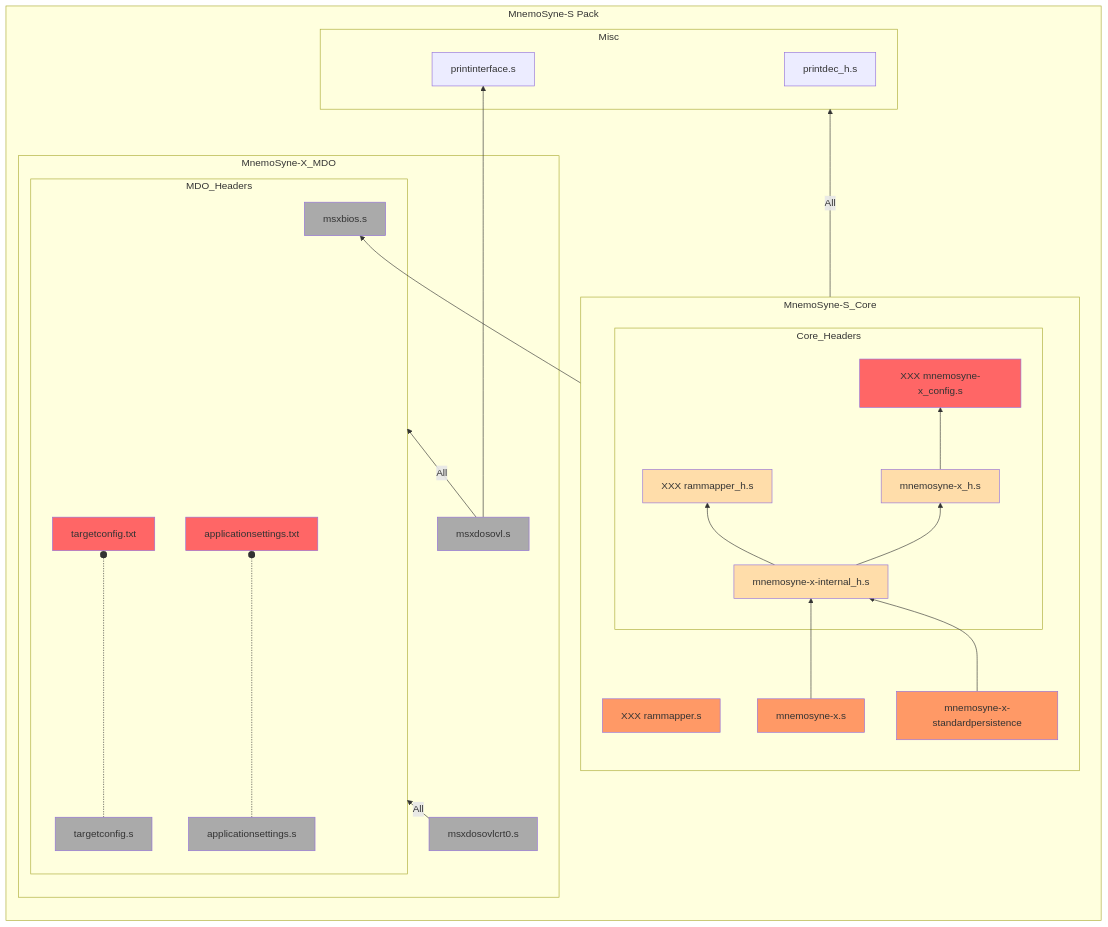
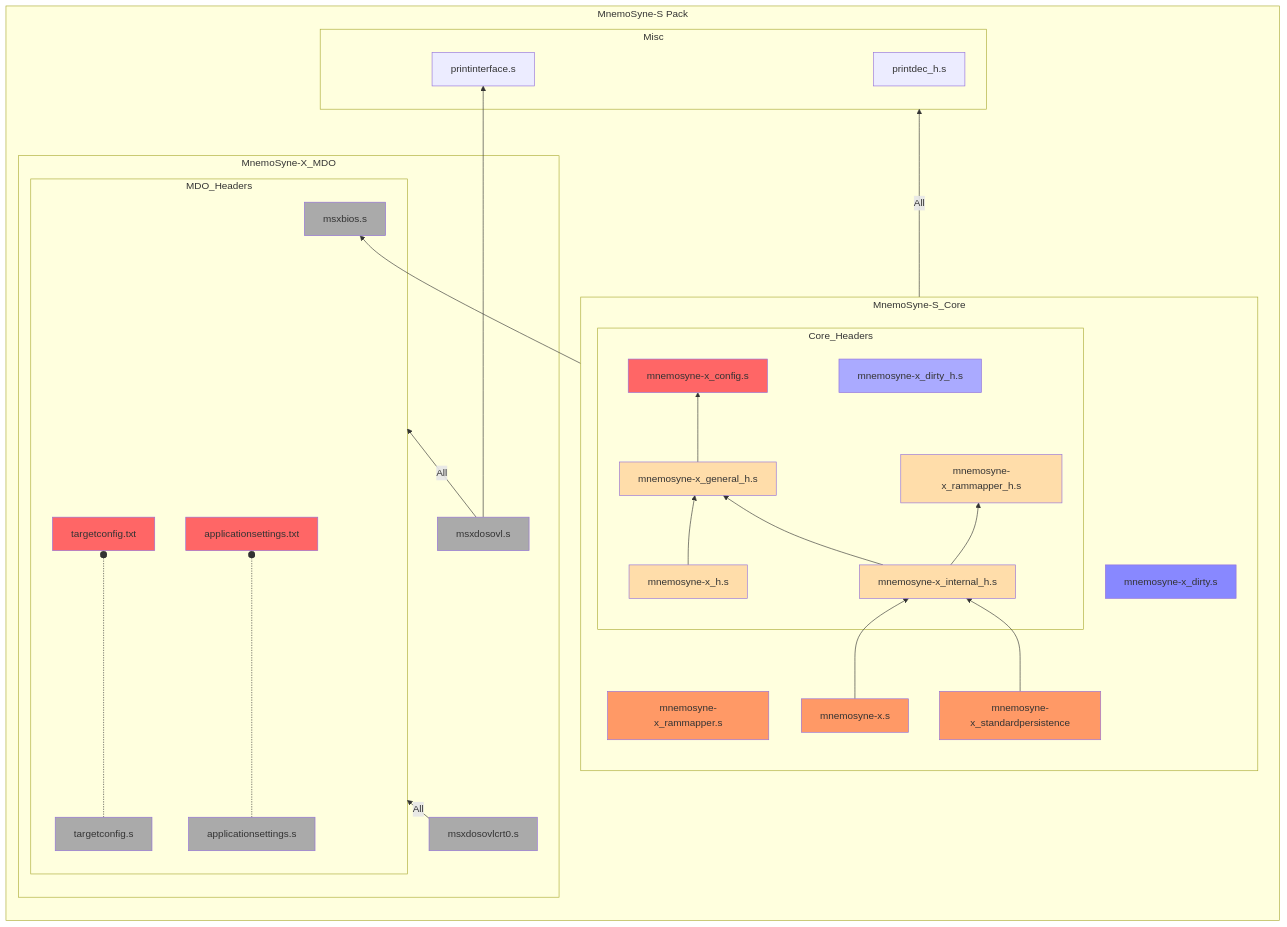
One commit to DamnedAngel/MnemoSyne-X changed the diagram in README.md. Above: the diagram before and after it, drawn with Mermaid. The commit also changed 18 other files, not shown here.

````diff
--- a/README.md
+++ b/README.md
@@ -4,83 +4,83 @@
 ```mermaid
 flowchart
     direction BT
     subgraph MnemoSyne-S Pack
         direction BT
 
         subgraph MnemoSyne-S_Core
         direction BT
 
            subgraph Core_Headers
-                MS-X-RM_H.S["XXX rammapper_h.s"]:::asmHeader
-                MS-X-C_H.S["XXX mnemosyne-x_config.s"]:::cfgHeader
+                MS-X_RM_H.S["mnemosyne-x_rammapper_h.s"]:::asmHeader
+                MS-X_C_H.S["mnemosyne-x_config.s"]:::cfgHeader
+                MS-X_G_H.S["mnemosyne-x_general_h.s"]:::asmHeader
                 MS-X_H.S["mnemosyne-x_h.s"]:::asmHeader
-                MS-X-I_H.S["mnemosyne-x-internal_h.s"]:::asmHeader
+                MS-X_I_H.S["mnemosyne-x_internal_h.s"]:::asmHeader
+                MS-X_D_H.S["mnemosyne-x_dirty_h.s"]:::asmDirtyHeader
             end
 
             MS-X.S["mnemosyne-x.s"]:::asmSource
-            MS-X-SP.S["mnemosyne-x-standardpersistence"]:::asmSource
-            MS-X-RM.S["XXX rammapper.s"]:::asmSource
+            MS-X_SP.S["mnemosyne-x_standardpersistence"]:::asmSource
+            MS-X_RM.S["mnemosyne-x_rammapper.s"]:::asmSource
+            MS-X_D.S["mnemosyne-x_dirty.s"]:::asmDirtySource
 
-            MS-X_H.S --> MS-X-C_H.S
-            MS-X-I_H.S --> MS-X_H.S
-            MS-X-I_H.S --> MS-X-RM_H.S
+            MS-X_G_H.S --> MS-X_C_H.S
+            MS-X_H.S --> MS-X_G_H.S
+            MS-X_I_H.S --> MS-X_G_H.S
+            MS-X_I_H.S --> MS-X_RM_H.S
 
-            MS-X-RM.S ~~~ MS-X-I_H.S
-            MS-X.S --> MS-X-I_H.S
-            MS-X-SP.S --> MS-X-I_H.S
+            MS-X_RM.S ~~~ MS-X_H.S
+            MS-X.S --> MS-X_I_H.S
+            MS-X_SP.S --> MS-X_I_H.S
+            
+            MS-X_D.S ~~~ Core_Headers
+
         end
 
         subgraph Misc
             PRINTDEC.H["printdec_h.s"]:::miscHeader
             PRINTINTERFACE.S["printinterface.s"]:::miscHeader
         end
 
         subgraph MnemoSyne-X_MDO
             subgraph MDO_Headers
                 MSXBIOS.S["msxbios.s"]:::mdoHeader
                 MDO-TARGETCONFIG.TXT["targetconfig.txt"]:::cfgHeader
                 MDO-TARGETCONFIG.S["targetconfig.s"]:::mdoHeader
                 MDO-APPLICATIONSETTINGS.TXT["applicationsettings.txt"]:::cfgHeader
                 MDO-APPLICATIONSETTINGS.S["applicationsettings.s"]:::mdoHeader
 
                 MDO-TARGETCONFIG.TXT ~~~ MSXBIOS.S
                 MDO-TARGETCONFIG.S -.-o MDO-TARGETCONFIG.TXT
                 MDO-APPLICATIONSETTINGS.TXT ~~~ MSXBIOS.S
                 MDO-APPLICATIONSETTINGS.S -.-o MDO-APPLICATIONSETTINGS.TXT
             end
 
-
             MDO-CRT0["msxdosovlcrt0.s"]:::mdoSource
             MDO-MSXDOSOVL.S["msxdosovl.s"]:::mdoSource
 
             MDO-CRT0 ~~~ MDO-MSXDOSOVL.S
-
-            %% MDO-CRT0 --> MSXBIOS.S
-            %% MDO-CRT0 --> MDO-APPLICATIONSETTINGS.S
-            %% MDO-CRT0 --> MDO-TARGETCONFIG.S
-
-            %% MDO-MSXDOSOVL.S --> MSXBIOS.S
-            %% MDO-MSXDOSOVL.S --> MDO-APPLICATIONSETTINGS.S
-            %% MDO-MSXDOSOVL.S --> MDO-TARGETCONFIG.S
         end
         
         MnemoSyne-X_MDO ~~~ Misc
 
-        MS-X-I_H.S --> |"All"| Misc
-        MS-X-I_H.S --> MSXBIOS.S
+        MS-X_I_H.S --> |"All"| Misc
+        MS-X_I_H.S --> MSXBIOS.S
 
         MDO-CRT0  --> |All| MDO_Headers
         MDO-MSXDOSOVL.S  --> |All| MDO_Headers
         MDO-MSXDOSOVL.S  --> PRINTINTERFACE.S
 
     end
 
     classDef cfgHeader fill:#f66
     classDef asmSource fill:#f96
     classDef asmHeader fill:#fda
+    classDef asmDirtySource fill:#88f
+    classDef asmDirtyHeader fill:#aaf
     classDef cSource fill:#f32
     classDef cHeader fill:#f23
     classDef mdoSource fill:#aaa
     classDef mdoHeader fill:#aaa
     
 ```
````
